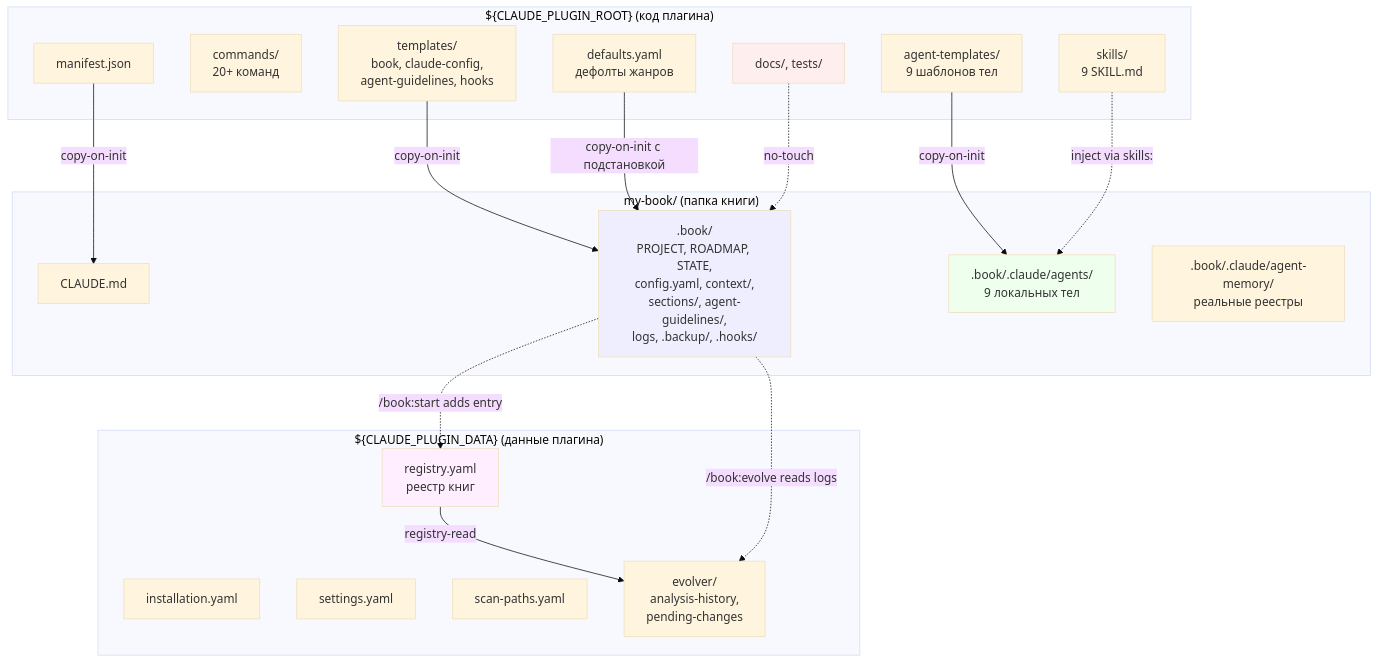
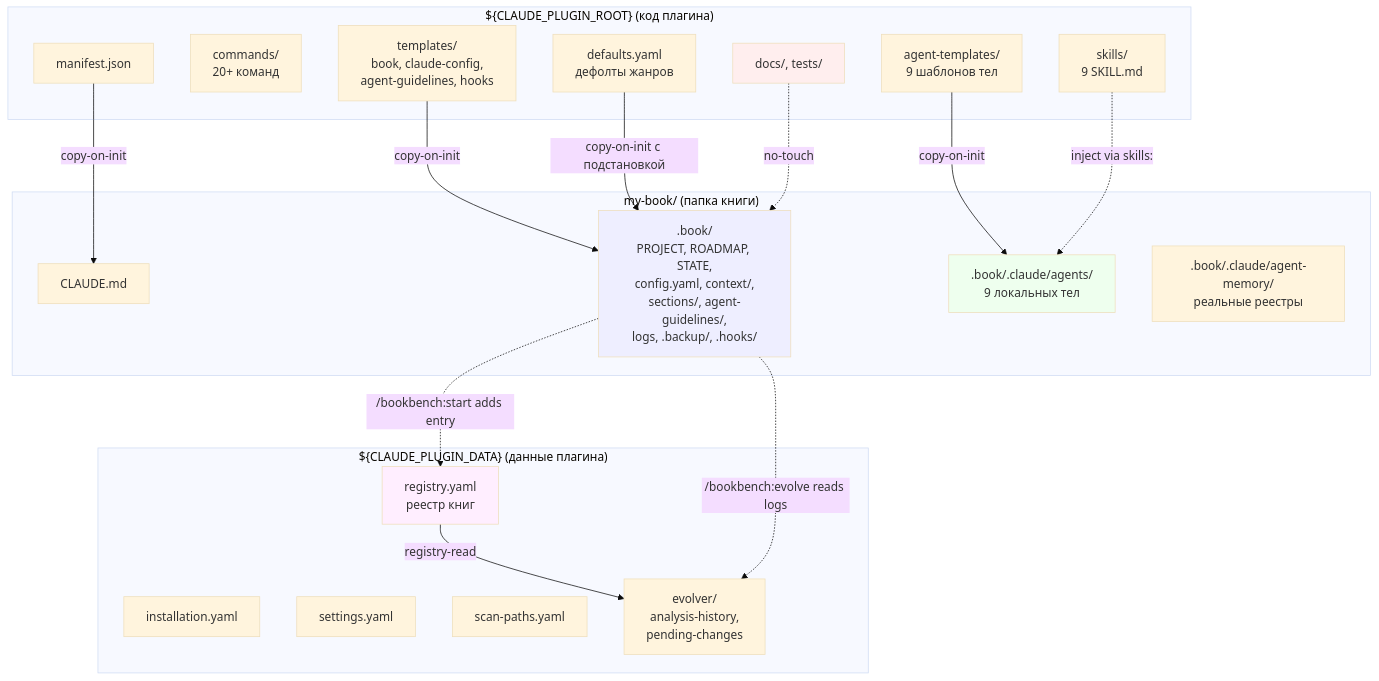
The diagram in docs/architecture.md (vefmvai/bookbench), drawn with Mermaid (base theme) before and after one commit. The commit also changed other lines of this file and 181 other files, not shown here.

````diff
--- a/docs/architecture.md
+++ b/docs/architecture.md
@@ -177,43 +177,43 @@
 ```mermaid
 graph TB
     subgraph "${CLAUDE_PLUGIN_ROOT} (код плагина)"
         M[manifest.json]
         C[commands/<br/>20+ команд]
         AT[agent-templates/<br/>9 шаблонов тел]
         S[skills/<br/>9 SKILL.md]
         D[defaults.yaml<br/>дефолты жанров]
         T[templates/<br/>book, claude-config,<br/>agent-guidelines, hooks]
         DOC[docs/, tests/]
     end
 
     subgraph "${CLAUDE_PLUGIN_DATA} (данные плагина)"
         I[installation.yaml]
         SET[settings.yaml]
         REG[registry.yaml<br/>реестр книг]
         SCAN[scan-paths.yaml]
         EV[evolver/<br/>analysis-history,<br/>pending-changes]
     end
 
     subgraph "my-book/ (папка книги)"
         CL[CLAUDE.md]
         BK[.book/<br/>PROJECT, ROADMAP, STATE,<br/>config.yaml, context/,<br/>sections/, agent-guidelines/,<br/>logs, .backup/, .hooks/]
         AL[.book/.claude/agents/<br/>9 локальных тел]
         AM[.book/.claude/agent-memory/<br/>реальные реестры]
     end
 
     M -->|copy-on-init| CL
     AT -->|copy-on-init| AL
     T -->|copy-on-init| BK
     D -->|copy-on-init с подстановкой| BK
     S -.->|inject via skills:| AL
     DOC -.->|no-touch| BK
 
     REG -->|registry-read| EV
-    BK -.->|/book:start adds entry| REG
-    BK -.->|/book:evolve reads logs| EV
+    BK -.->|/bookbench:start adds entry| REG
+    BK -.->|/bookbench:evolve reads logs| EV
 
     style DOC fill:#fee
     style BK fill:#eef
     style AL fill:#efe
     style REG fill:#fef
 ```
````
